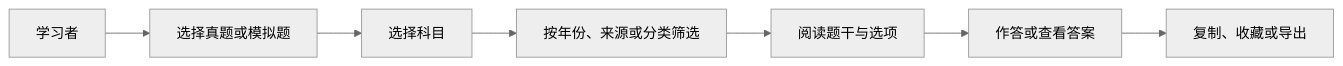
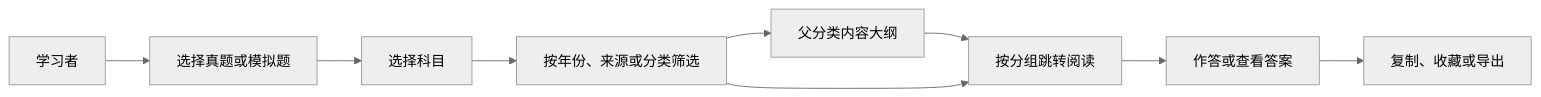
One commit to ddll8023/408web changed the second of 5 diagrams in doc/模块说明文档.md. Above: the diagram before and after it, drawn with Mermaid (neutral theme). The commit also changed other lines of this file and 9 other files, not shown here.

````diff
--- a/doc/模块说明文档.md
+++ b/doc/模块说明文档.md
@@ -348,9 +352,11 @@
 ```mermaid
 flowchart LR
     U[学习者] --> T[选择真题或模拟题]
     T --> S[选择科目]
     S --> F[按年份、来源或分类筛选]
-    F --> R[阅读题干与选项]
+    F --> N[父分类内容大纲]
+    N --> R[按分组跳转阅读]
+    F --> R
     R --> A[作答或查看答案]
     A --> O[复制、收藏或导出]
 ```
````
